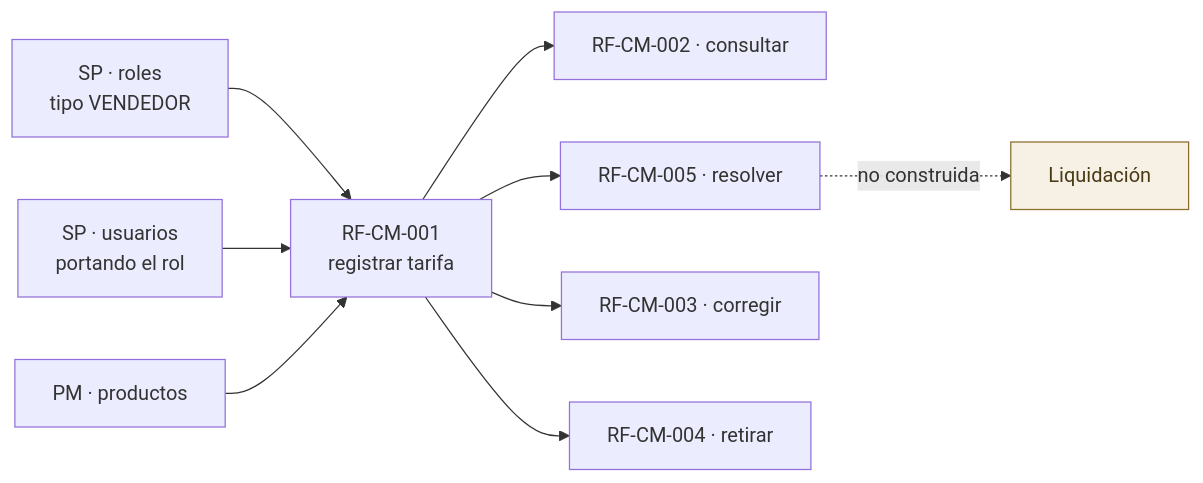
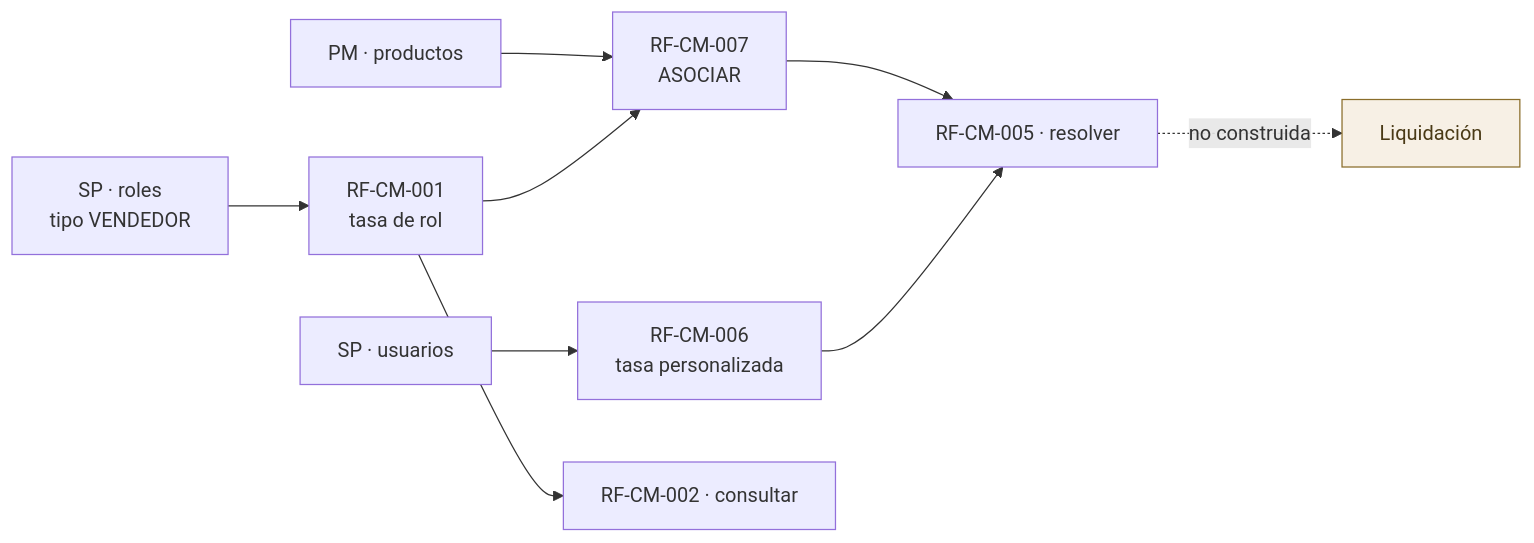
One commit to NexusPro-Dev/backend changed the third of 3 diagrams in docs/flujos/cm/flujos-del-modulo.md. Above: the diagram before and after it, drawn with Mermaid. The commit also changed other lines of this file and 5 other files, not shown here.

````diff
--- a/docs/flujos/cm/flujos-del-modulo.md
+++ b/docs/flujos/cm/flujos-del-modulo.md
@@ -129,15 +95,15 @@
 ```mermaid
 flowchart LR
-    SP1["SP · roles<br/>tipo VENDEDOR"] --> CM1["RF-CM-001<br/>registrar tarifa"]
-    SP2["SP · usuarios<br/>portando el rol"] --> CM1
-    PM1["PM · productos"] --> CM1
+    SP1["SP · roles<br/>tipo VENDEDOR"] --> CM1["RF-CM-001<br/>tasa de rol"]
+    SP2["SP · usuarios"] --> CM6["RF-CM-006<br/>tasa personalizada"]
+    PM1["PM · productos"] --> CM7["RF-CM-007<br/>ASOCIAR"]
+    CM1 --> CM7
+    CM7 --> CM5["RF-CM-005 · resolver"]
+    CM6 --> CM5
     CM1 --> CM2["RF-CM-002 · consultar"]
-    CM1 --> CM5["RF-CM-005 · resolver"]
-    CM1 --> CM3["RF-CM-003 · corregir"]
-    CM1 --> CM4["RF-CM-004 · retirar"]
 
     CM5 -.->|"no construida"| L["Liquidación"]
 
     classDef pend fill:#F7F0E5,stroke:#8A6D2A,color:#4A3A16
     class L pend
 ```
````
